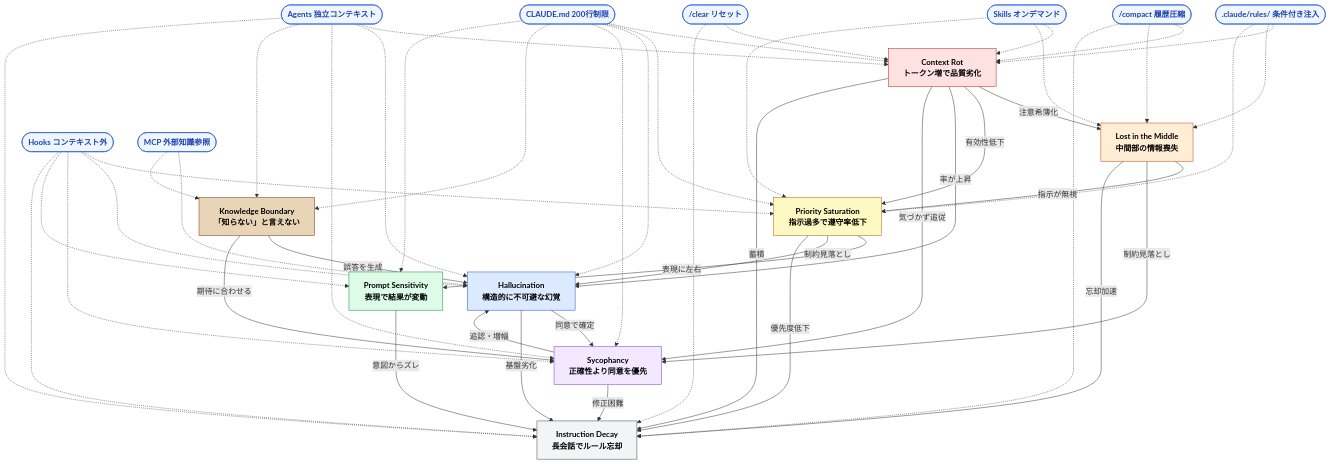
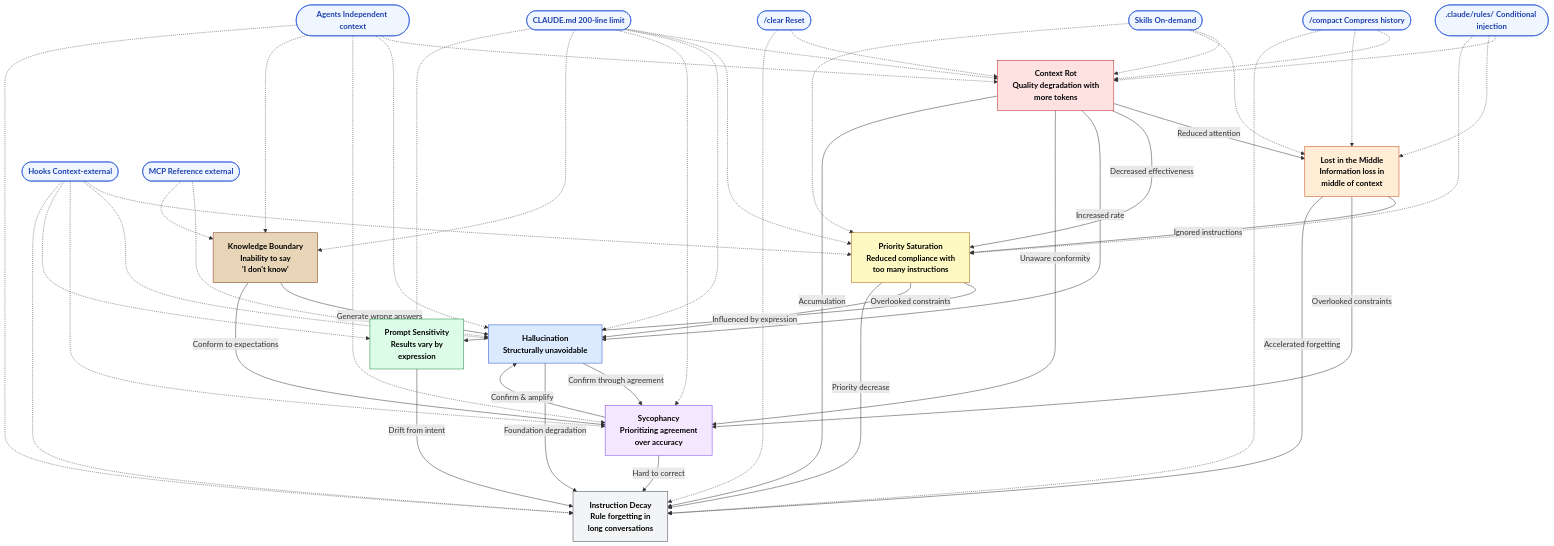
One commit to shuji-bonji/understanding-llm-through-claude-code changed the seventh of 7 diagrams in docs/appendix/problem-countermeasure-map.md. Above: the diagram before and after it, drawn with Mermaid. The commit also changed other lines of this file and 100 other files, not shown here.

````diff
--- a/docs/appendix/problem-countermeasure-map.md
+++ b/docs/appendix/problem-countermeasure-map.md
@@ -288,52 +290,52 @@
 ```mermaid
 graph TD
     %% ════════════════════════════════
-    %% 構造的問題 ■ 四角・問題ごとに固有色
+    %% Structural Problems ■ Rectangle, unique color per type
     %% ════════════════════════════════
-    CR["Context Rot<br/>トークン増で品質劣化"]
-    LM["Lost in the Middle<br/>中間部の情報喪失"]
-    PS["Priority Saturation<br/>指示過多で遵守率低下"]
-    HL["Hallucination<br/>構造的に不可避な幻覚"]
-    SY["Sycophancy<br/>正確性より同意を優先"]
-    KB["Knowledge Boundary<br/>「知らない」と言えない"]
-    PM["Prompt Sensitivity<br/>表現で結果が変動"]
-    ID["Instruction Decay<br/>長会話でルール忘却"]
+    CR["Context Rot<br/>Quality degradation with<br/>more tokens"]
+    LM["Lost in the Middle<br/>Information loss in<br/>middle of context"]
+    PS["Priority Saturation<br/>Reduced compliance with<br/>too many instructions"]
+    HL["Hallucination<br/>Structurally unavoidable"]
+    SY["Sycophancy<br/>Prioritizing agreement<br/>over accuracy"]
+    KB["Knowledge Boundary<br/>Inability to say<br/>'I don't know'"]
+    PM["Prompt Sensitivity<br/>Results vary by<br/>expression"]
+    ID["Instruction Decay<br/>Rule forgetting in<br/>long conversations"]
 
-    %% ── 問題間の連鎖（実線） ──
-    CR -->|"注意希薄化"| LM
-    CR -->|"有効性低下"| PS
-    CR -->|"率が上昇"| HL
-    CR -->|"気づかず追従"| SY
-    LM -->|"指示が無視"| PS
-    LM -->|"制約見落とし"| SY
-    PS -->|"表現に左右"| PM
-    PS -->|"制約見落とし"| HL
-    KB -->|"誤答を生成"| HL
-    KB -->|"期待に合わせる"| SY
-    SY -->|"追認・増幅"| HL
-    HL -->|"同意で確定"| SY
+    %% ── Problem chain (solid lines) ──
+    CR -->|"Reduced attention"| LM
+    CR -->|"Decreased effectiveness"| PS
+    CR -->|"Increased rate"| HL
+    CR -->|"Unaware conformity"| SY
+    LM -->|"Ignored instructions"| PS
+    LM -->|"Overlooked constraints"| SY
+    PS -->|"Influenced by expression"| PM
+    PS -->|"Overlooked constraints"| HL
+    KB -->|"Generate wrong answers"| HL
+    KB -->|"Conform to expectations"| SY
+    SY -->|"Confirm & amplify"| HL
+    HL -->|"Confirm through agreement"| SY
 
-    %% ── 全問題 → Instruction Decay ──
-    CR -->|"蓄積"| ID
-    LM -->|"忘却加速"| ID
-    PS -->|"優先度低下"| ID
-    HL -->|"基盤劣化"| ID
-    SY -->|"修正困難"| ID
-    PM -->|"意図からズレ"| ID
+    %% ── All problems → Instruction Decay ──
+    CR -->|"Accumulation"| ID
+    LM -->|"Accelerated forgetting"| ID
+    PS -->|"Priority decrease"| ID
+    HL -->|"Foundation degradation"| ID
+    SY -->|"Hard to correct"| ID
+    PM -->|"Drift from intent"| ID
 
     %% ════════════════════════════════
-    %% 対策 ⬮ 角丸・青系統一
+    %% Countermeasures ⬮ Rounded, unified blue
     %% ════════════════════════════════
-    COMPACT(["/compact 履歴圧縮"])
-    CLEAR(["/clear リセット"])
-    CMD(["CLAUDE.md 200行制限"])
-    RULES([".claude/rules/ 条件付き注入"])
-    SKILLS(["Skills オンデマンド"])
-    AGENTS(["Agents 独立コンテキスト"])
-    HOOKS(["Hooks コンテキスト外"])
-    MCP(["MCP 外部知識参照"])
+    COMPACT(["/compact Compress history"])
+    CLEAR(["/clear Reset"])
+    CMD(["CLAUDE.md 200-line limit"])
+    RULES([".claude/rules/ Conditional injection"])
+    SKILLS(["Skills On-demand"])
+    AGENTS(["Agents Independent context"])
+    HOOKS(["Hooks Context-external"])
+    MCP(["MCP Reference external"])
 
-    %% ── 対策 → 問題（点線で介入） ──
+    %% ── Countermeasures → Problems (dotted for intervention) ──
     COMPACT -.-> CR
     COMPACT -.-> LM
     COMPACT -.-> ID
@@ -371,7 +373,7 @@
     MCP -.-> KB
 
     %% ════════════════════════════════
-    %% スタイル — 問題は固有色、対策は青統一
+    %% Styles — problems unique colors, countermeasures unified blue
     %% ════════════════════════════════
     classDef cr fill:#fee2e2,stroke:#b91c1c,color:#000,font-weight:bold
     classDef lm fill:#ffedd5,stroke:#c2410c,color:#000,font-weight:bold
````
